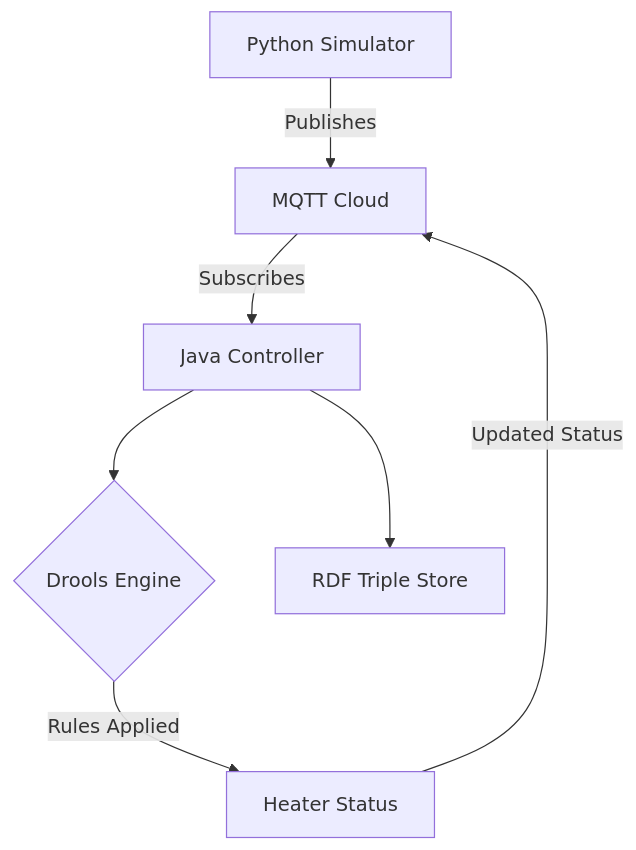
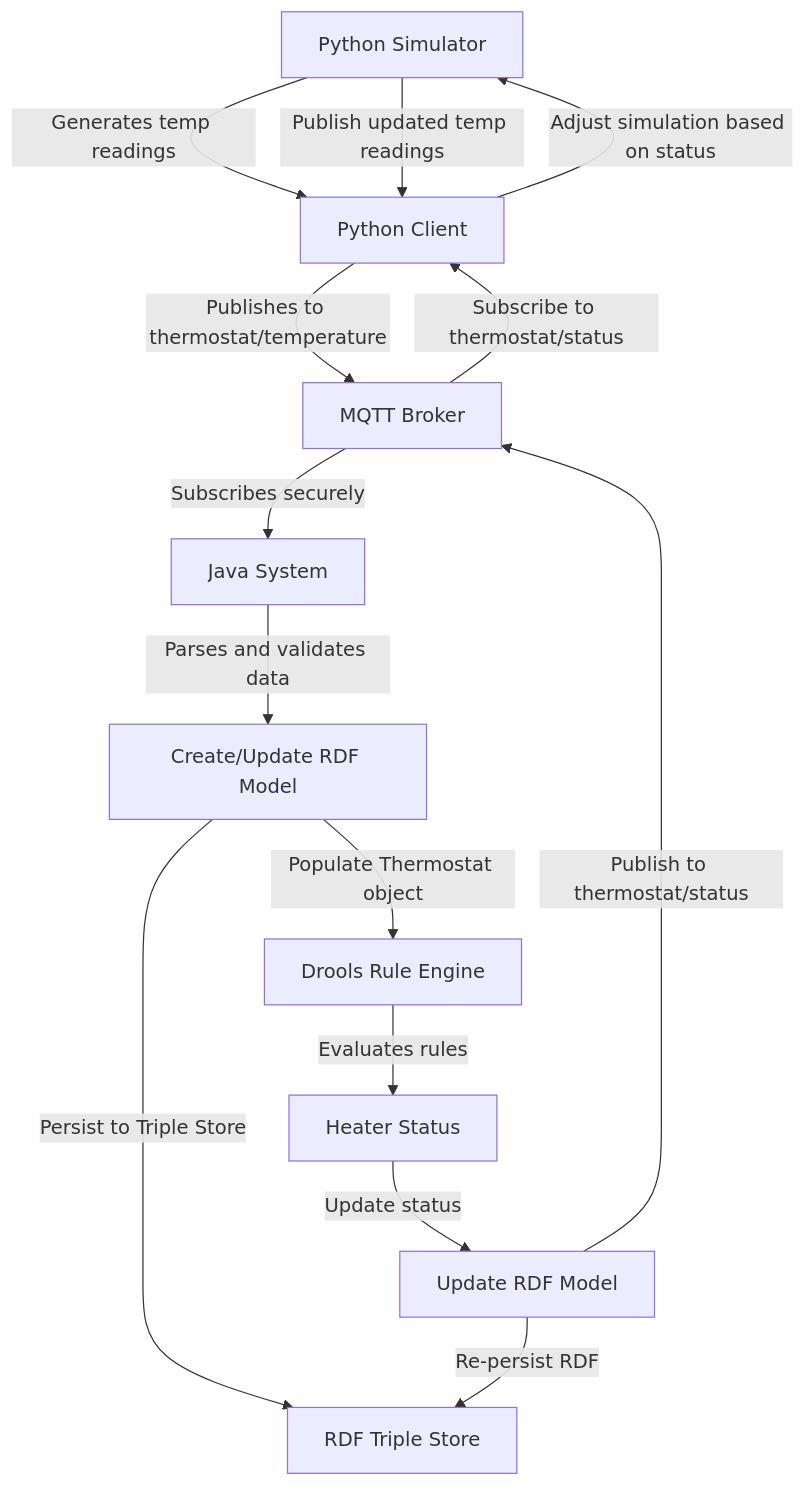
The diagram in thermostat/README.md (KrishDave1/IOT-RE), drawn with Mermaid before and after one commit.

Commit message:
done readme.md

````diff
--- a/thermostat/README.md
+++ b/thermostat/README.md
@@ -21,9 +21,16 @@
 ```mermaid
 graph TD
-    A[Python Simulator] -->|Publishes| B[MQTT Cloud]
-    B -->|Subscribes| C[Java Controller]
-    C --> D{Drools Engine}
-    D -->|Rules Applied| E[Heater Status]
-    C --> F[RDF Triple Store]
-    E -->|Updated Status| B
+    A[Python Simulator] -->|Generates temp readings| B[Python Client]
+    B -->|Publishes to thermostat/temperature| C[MQTT Broker]
+    C -->|Subscribes securely| D[Java System]
+    D -->|Parses and validates data| E[Create/Update RDF Model]
+    E -->|Persist to Triple Store| F[RDF Triple Store]
+    E -->|Populate Thermostat object| G[Drools Rule Engine]
+    G -->|Evaluates rules| H[Heater Status]
+    H -->|Update status| I[Update RDF Model]
+    I -->|Re-persist RDF| F
+    I -->|Publish to thermostat/status| C
+    C -->|Subscribe to thermostat/status| B
+    B -->|Adjust simulation based on status| A
+    A -->|Publish updated temp readings| B
 ```
````
